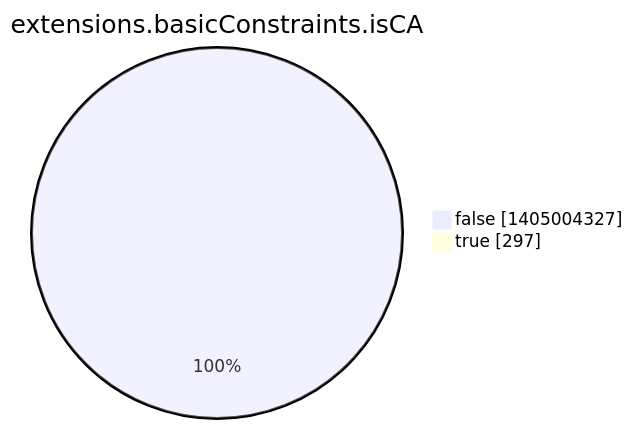
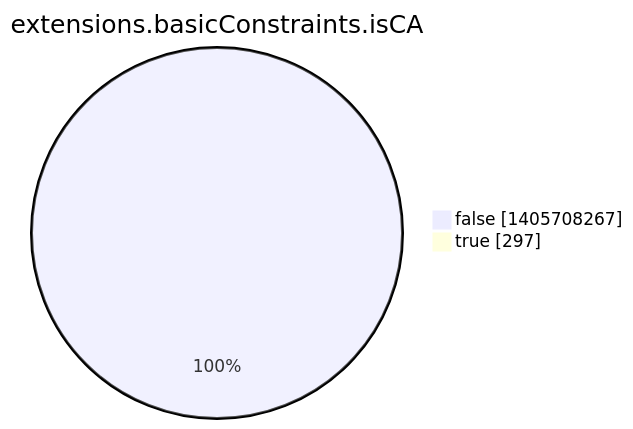
The eighth of 15 diagrams in argon2022/README.md (christiankrug/ctmonitor_visualization), drawn with Mermaid before and after one commit. The commit also changed other lines of this file, not shown here.

````diff
--- a/argon2022/README.md
+++ b/argon2022/README.md
@@ -2760,6 +2760,6 @@
 ```mermaid
 pie showData
 title extensions.basicConstraints.isCA
-"false" :1405004327
+"false" :1405708267
 "true" :297
 ```
````
